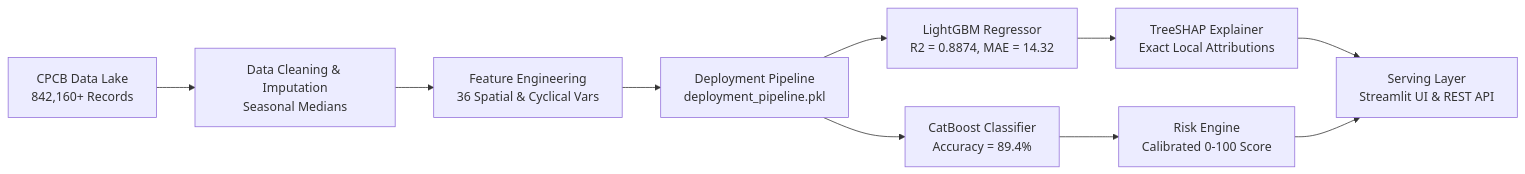
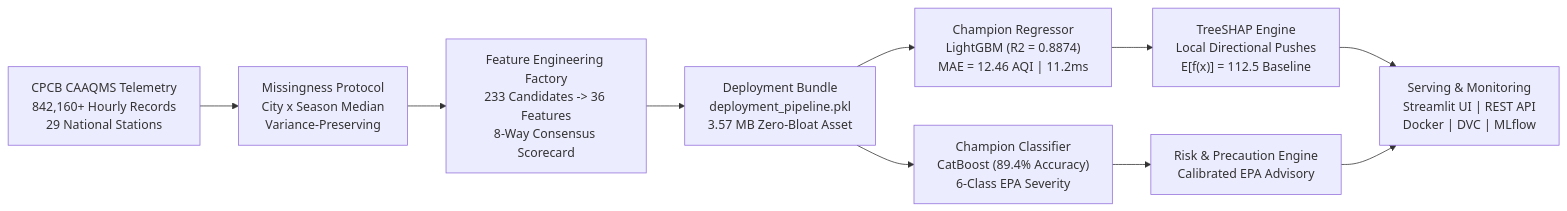
Before and after one commit to Kritvi0208/AirIntel: the diagram in README.md, drawn with Mermaid. The commit also changed other lines of this file and 52 other files, not shown here.

````diff
--- a/README.md
+++ b/README.md
@@ -16,12 +24,12 @@
 ```mermaid
 flowchart LR
-    A["CPCB Data Lake<br/>842,160+ Records"] --> B["Data Cleaning & Imputation<br/>Seasonal Medians"]
-    B --> C["Feature Engineering<br/>36 Spatial & Cyclical Vars"]
-    C --> D["Deployment Pipeline<br/>deployment_pipeline.pkl"]
-    D --> E1["LightGBM Regressor<br/>R2 = 0.8874, MAE = 14.32"]
-    D --> E2["CatBoost Classifier<br/>Accuracy = 89.4%"]
-    E1 --> F["TreeSHAP Explainer<br/>Exact Local Attributions"]
-    E2 --> G["Risk Engine<br/>Calibrated 0-100 Score"]
-    F --> H["Serving Layer<br/>Streamlit UI & REST API"]
+    A["CPCB CAAQMS Telemetry<br/>842,160+ Hourly Records<br/>29 National Stations"] --> B["Missingness Protocol<br/>City x Season Median<br/>Variance-Preserving"]
+    B --> C["Feature Engineering Factory<br/>233 Candidates -> 36 Features<br/>8-Way Consensus Scorecard"]
+    C --> D["Deployment Bundle<br/>deployment_pipeline.pkl<br/>3.57 MB Zero-Bloat Asset"]
+    D --> E1["Champion Regressor<br/>LightGBM (R2 = 0.8874)<br/>MAE = 12.46 AQI | 11.2ms"]
+    D --> E2["Champion Classifier<br/>CatBoost (89.4% Accuracy)<br/>6-Class EPA Severity"]
+    E1 --> F["TreeSHAP Engine<br/>Local Directional Pushes<br/>E[f(x)] = 112.5 Baseline"]
+    E2 --> G["Risk & Precaution Engine<br/>Calibrated EPA Advisory"]
+    F --> H["Serving & Monitoring<br/>Streamlit UI | REST API<br/>Docker | DVC | MLflow"]
     G --> H
 ```
````
